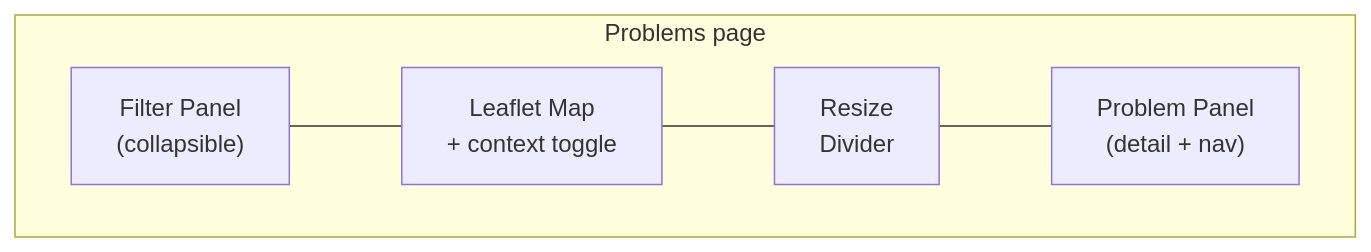
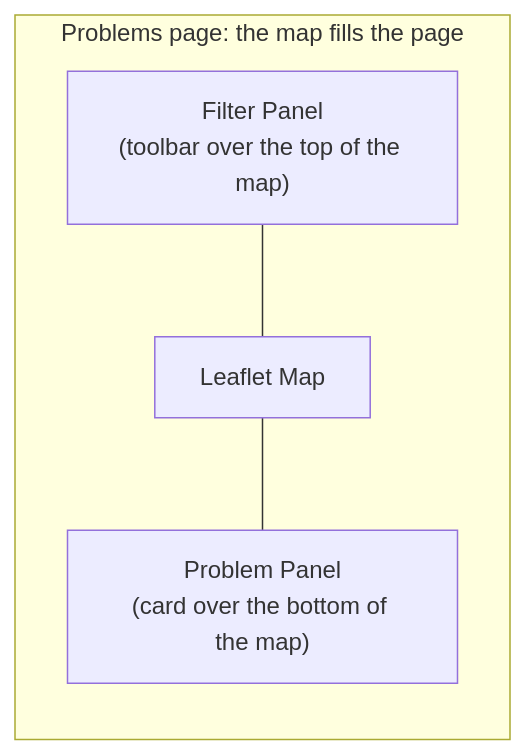
The first of 2 diagrams in documentation/2.4 Problems Page.md (openTdataCH/stop_sync_osm_atlas), drawn with Mermaid before and after one commit. The commit also changed other lines of this file and 22 other files, not shown here.

````diff
--- a/documentation/2.4 Problems Page.md
+++ b/documentation/2.4 Problems Page.md
@@ -7,11 +7,10 @@
 ```mermaid
-flowchart LR
-    subgraph Page["Problems page"]
-        direction LR
-        FP["Filter Panel<br/>(collapsible)"]
-        MAP["Leaflet Map<br/>+ context toggle"]
-        RD["Resize<br/>Divider"]
-        PP["Problem Panel<br/>(detail + nav)"]
+flowchart TB
+    subgraph Page["Problems page: the map fills the page"]
+        direction TB
+        FP["Filter Panel<br/>(toolbar over the top of the map)"]
+        MAP["Leaflet Map"]
+        PP["Problem Panel<br/>(card over the bottom of the map)"]
     end
-    FP --- MAP --- RD --- PP
+    FP --- MAP --- PP
 ```
````
